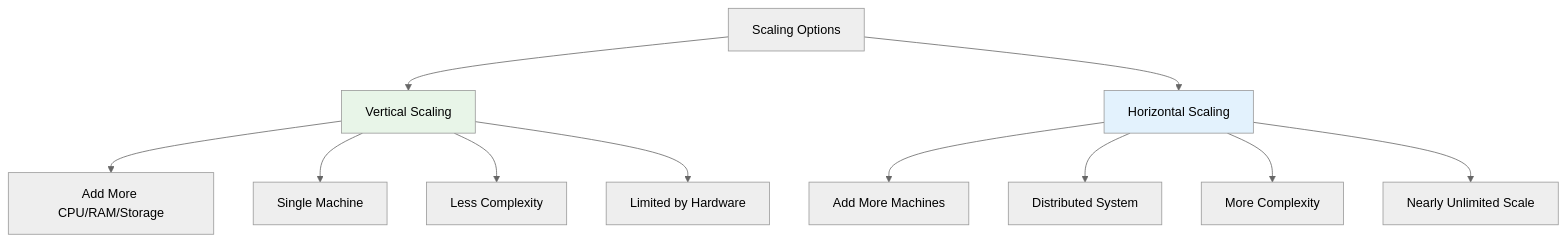
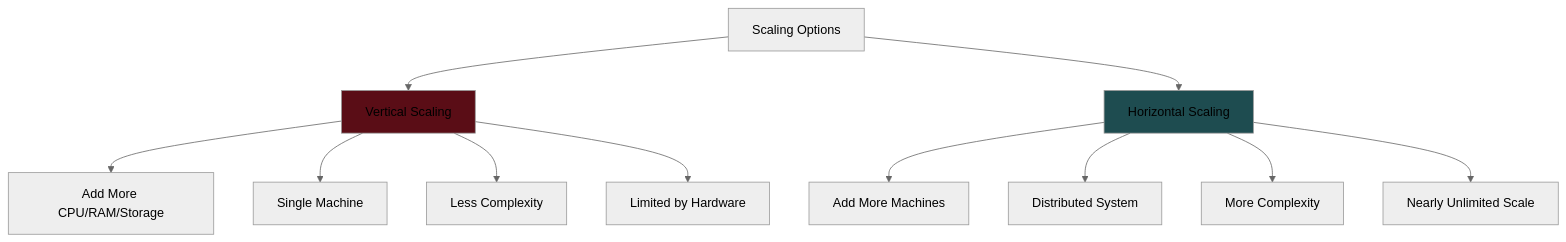
The first of 21 diagrams in fundamentals/core_concepts.md (ahmedrzakhan/system-design-notes), drawn with Mermaid (neutral theme) before and after one commit. The commit also changed other lines of this file, not shown here.

````diff
--- a/fundamentals/core_concepts.md
+++ b/fundamentals/core_concepts.md
@@ -9,18 +9,18 @@
 ```mermaid
 graph TD
     A[Scaling Options] --> B[Vertical Scaling]
     A --> C[Horizontal Scaling]
 
     B --> B1[Add More CPU/RAM/Storage]
     B --> B2[Single Machine]
     B --> B3[Less Complexity]
     B --> B4[Limited by Hardware]
 
     C --> C1[Add More Machines]
     C --> C2[Distributed System]
     C --> C3[More Complexity]
     C --> C4[Nearly Unlimited Scale]
 
-    style B fill:#e8f5e8
-    style C fill:#e3f2fd
+    style B fill:#5A0D16
+    style C fill:#1E4C50
 ```
````
